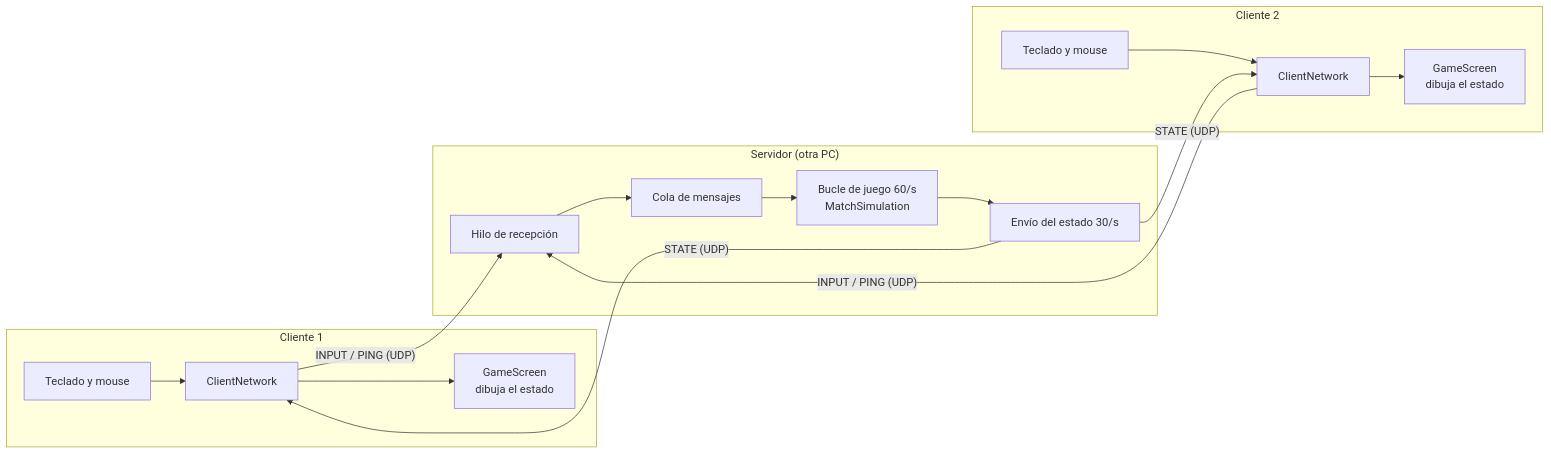
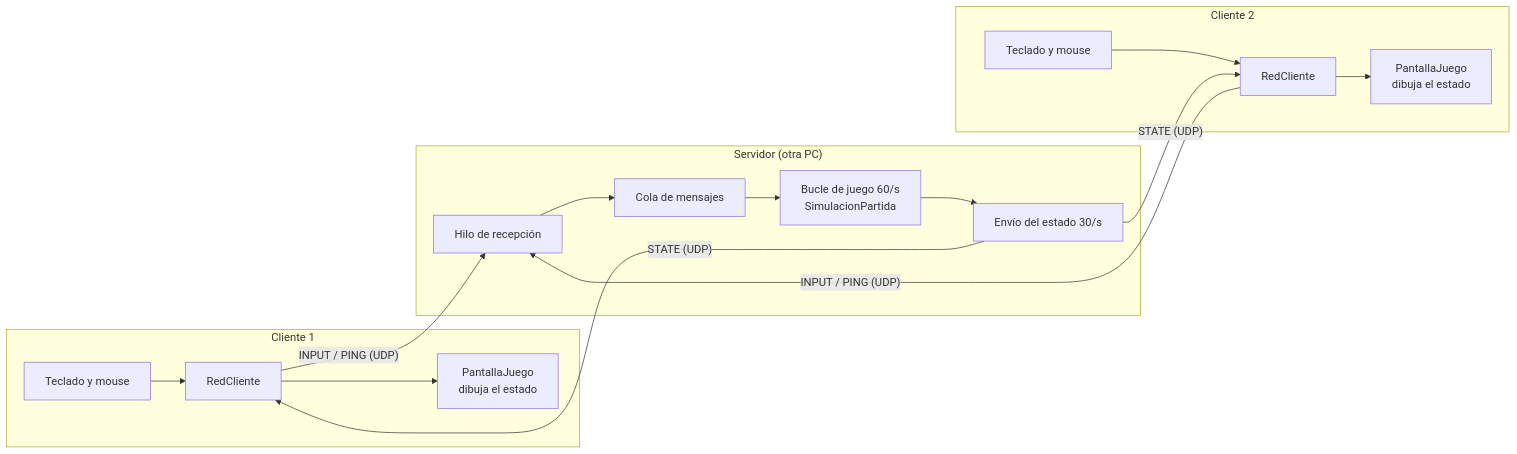
The first of 4 diagrams in docs/arquitectura-red.md (FacuScardaoni/OverZoneScardaoni), drawn with Mermaid before and after one commit. The commit also changed other lines of this file and 77 other files, not shown here.

````diff
--- a/docs/arquitectura-red.md
+++ b/docs/arquitectura-red.md
@@ -7,20 +7,20 @@
 ```mermaid
 flowchart LR
     subgraph C1["Cliente 1"]
-        I1["Teclado y mouse"] --> N1["ClientNetwork"]
-        N1 --> D1["GameScreen<br/>dibuja el estado"]
+        I1["Teclado y mouse"] --> N1["RedCliente"]
+        N1 --> D1["PantallaJuego<br/>dibuja el estado"]
     end
     subgraph S["Servidor (otra PC)"]
         R["Hilo de recepción"] --> Q["Cola de mensajes"]
-        Q --> L["Bucle de juego 60/s<br/>MatchSimulation"]
+        Q --> L["Bucle de juego 60/s<br/>SimulacionPartida"]
         L --> E["Envío del estado 30/s"]
     end
     subgraph C2["Cliente 2"]
-        I2["Teclado y mouse"] --> N2["ClientNetwork"]
-        N2 --> D2["GameScreen<br/>dibuja el estado"]
+        I2["Teclado y mouse"] --> N2["RedCliente"]
+        N2 --> D2["PantallaJuego<br/>dibuja el estado"]
     end
     N1 -- "INPUT / PING (UDP)" --> R
     N2 -- "INPUT / PING (UDP)" --> R
     E -- "STATE (UDP)" --> N1
     E -- "STATE (UDP)" --> N2
 ```
````
